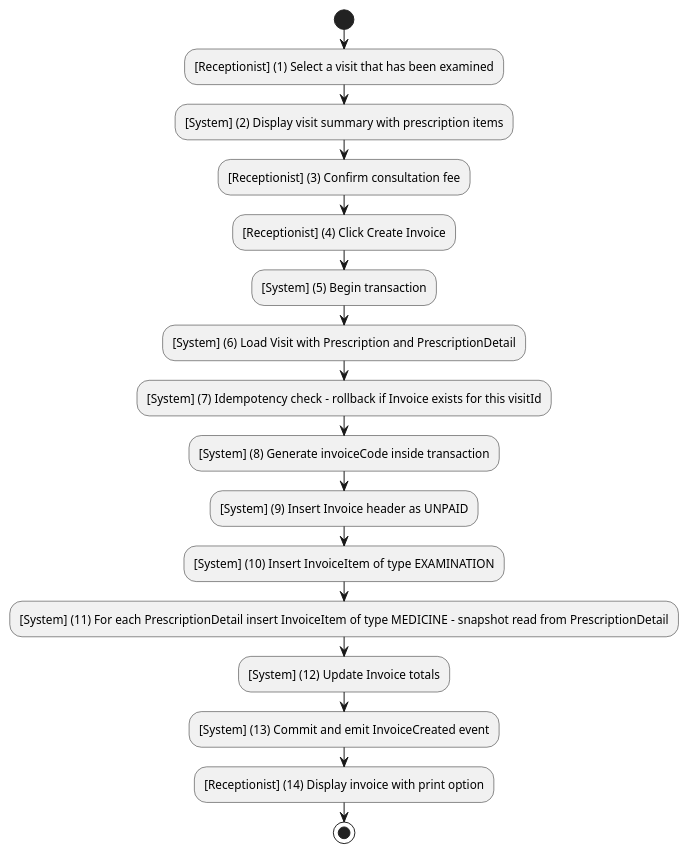
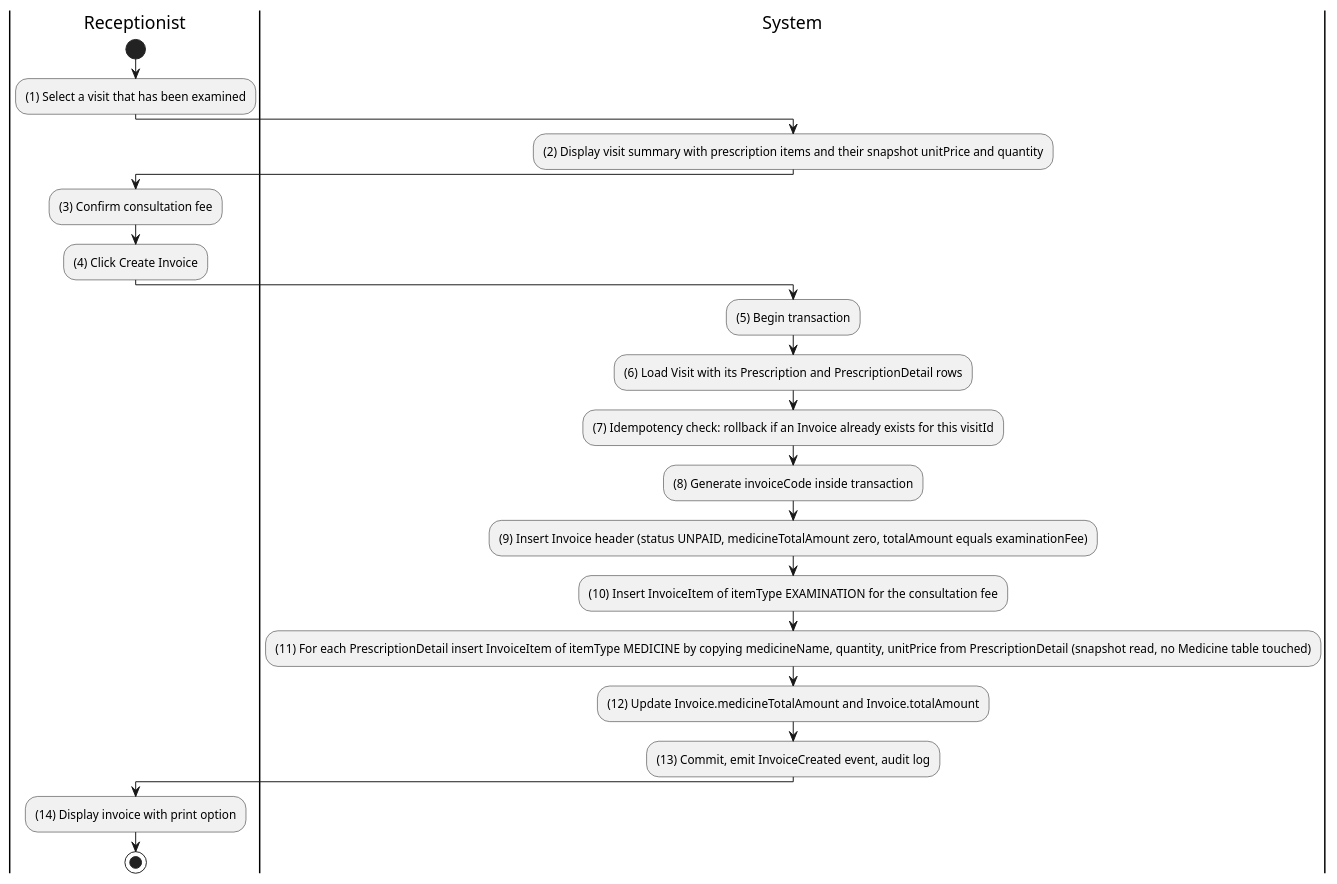
Diagram 18 of 27 in Docs/SRS.md (MinhThienNguyen040905/SE356---He-thong-phong-kham), drawn with PlantUML before and after one commit.

Commit message:
Refactor invoice creation sequence diagram for enhanced clarity and detail in transaction handling

````diff
--- a/Docs/SRS.md
+++ b/Docs/SRS.md
@@ -1029,20 +1029,25 @@
 ```plantuml
 @startuml
+|Receptionist|
 start
-:[Receptionist] (1) Select a visit that has been examined;
-:[System] (2) Display visit summary with prescription items;
-:[Receptionist] (3) Confirm consultation fee;
-:[Receptionist] (4) Click Create Invoice;
-:[System] (5) Begin transaction;
-:[System] (6) Load Visit with Prescription and PrescriptionDetail;
-:[System] (7) Idempotency check - rollback if Invoice exists for this visitId;
-:[System] (8) Generate invoiceCode inside transaction;
-:[System] (9) Insert Invoice header as UNPAID;
-:[System] (10) Insert InvoiceItem of type EXAMINATION;
-:[System] (11) For each PrescriptionDetail insert InvoiceItem of type MEDICINE - snapshot read from PrescriptionDetail;
-:[System] (12) Update Invoice totals;
-:[System] (13) Commit and emit InvoiceCreated event;
-:[Receptionist] (14) Display invoice with print option;
+:(1) Select a visit that has been examined;
+|System|
+:(2) Display visit summary with prescription items and their snapshot unitPrice and quantity;
+|Receptionist|
+:(3) Confirm consultation fee;
+:(4) Click Create Invoice;
+|System|
+:(5) Begin transaction;
+:(6) Load Visit with its Prescription and PrescriptionDetail rows;
+:(7) Idempotency check: rollback if an Invoice already exists for this visitId;
+:(8) Generate invoiceCode inside transaction;
+:(9) Insert Invoice header (status UNPAID, medicineTotalAmount zero, totalAmount equals examinationFee);
+:(10) Insert InvoiceItem of itemType EXAMINATION for the consultation fee;
+:(11) For each PrescriptionDetail insert InvoiceItem of itemType MEDICINE by copying medicineName, quantity, unitPrice from PrescriptionDetail (snapshot read, no Medicine table touched);
+:(12) Update Invoice.medicineTotalAmount and Invoice.totalAmount;
+:(13) Commit, emit InvoiceCreated event, audit log;
+|Receptionist|
+:(14) Display invoice with print option;
 stop
 @enduml
 ```
````
